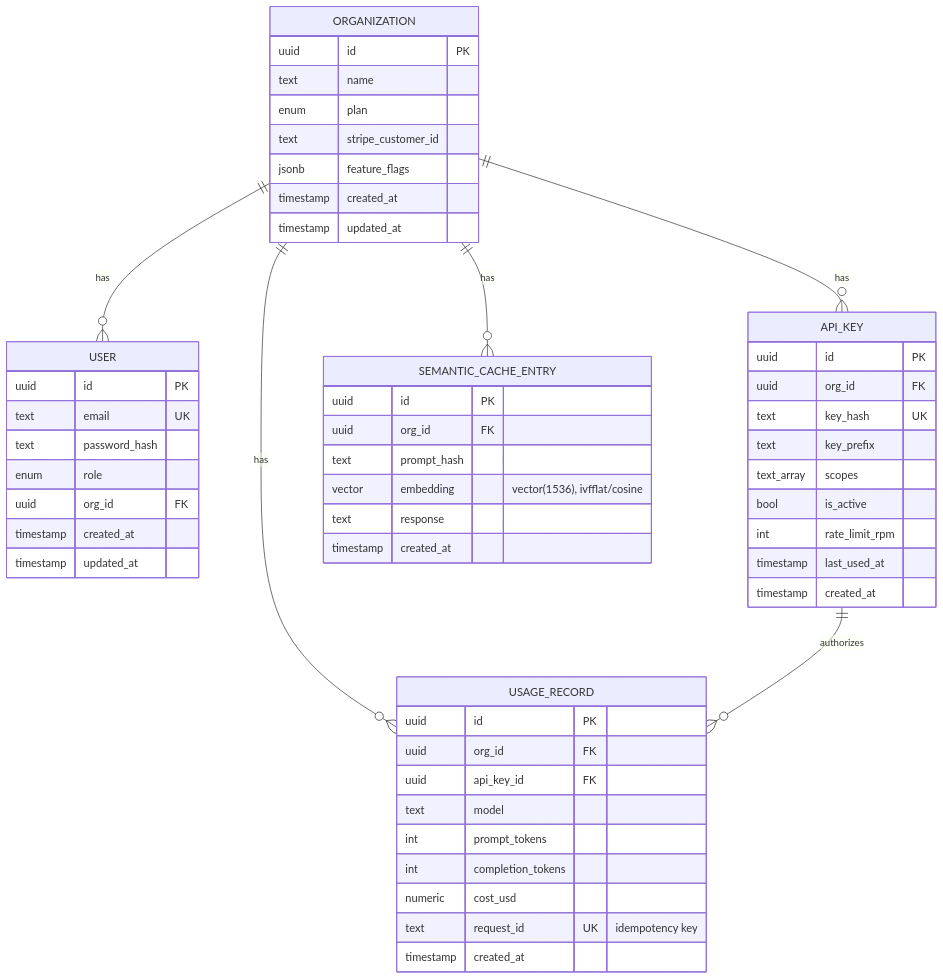
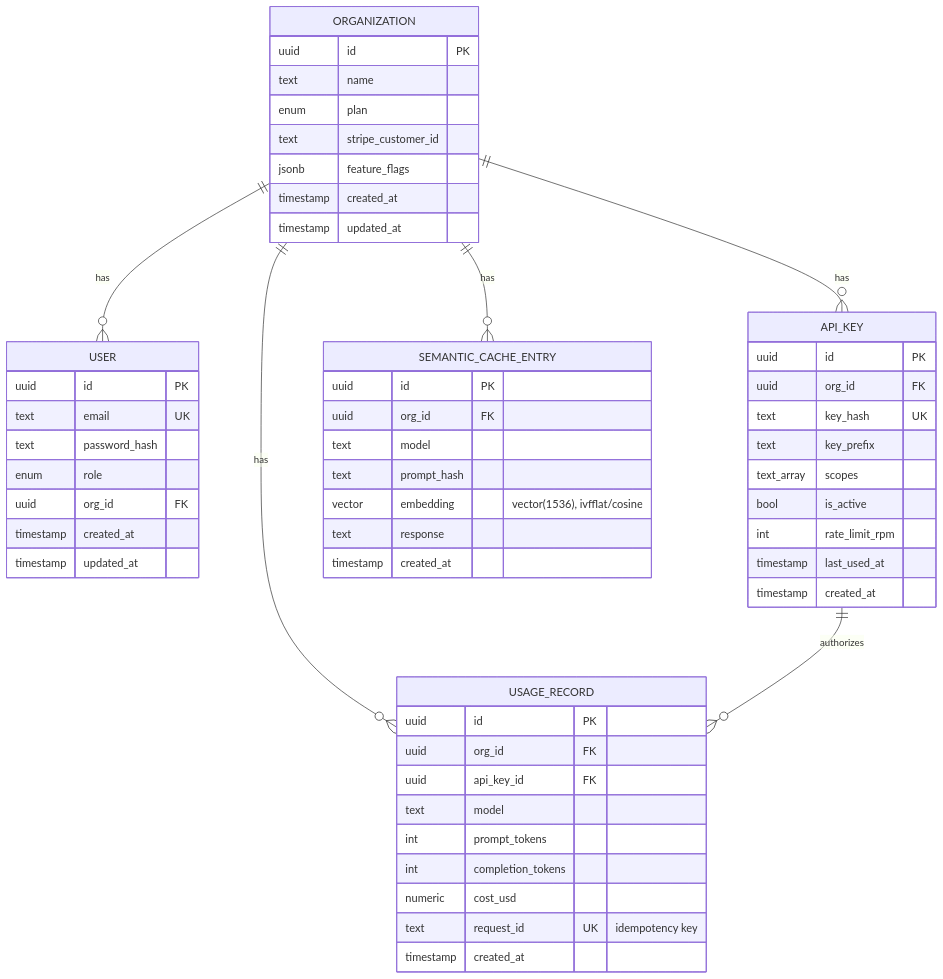
Before and after one commit to Sambit-Kumar-Mohanty-26/CloudMesh: the diagram in packages/db/ER_DIAGRAM.md, drawn with Mermaid. The commit also changed other lines of this file and 20 other files, not shown here.

````diff
--- a/packages/db/ER_DIAGRAM.md
+++ b/packages/db/ER_DIAGRAM.md
@@ -3,61 +3,62 @@
 ```mermaid
 erDiagram
     ORGANIZATION ||--o{ USER : has
     ORGANIZATION ||--o{ API_KEY : has
     ORGANIZATION ||--o{ USAGE_RECORD : has
     ORGANIZATION ||--o{ SEMANTIC_CACHE_ENTRY : has
     API_KEY ||--o{ USAGE_RECORD : authorizes
 
     ORGANIZATION {
         uuid id PK
         text name
         enum plan
         text stripe_customer_id
         jsonb feature_flags
         timestamp created_at
         timestamp updated_at
     }
 
     USER {
         uuid id PK
         text email UK
         text password_hash
         enum role
         uuid org_id FK
         timestamp created_at
         timestamp updated_at
     }
 
     API_KEY {
         uuid id PK
         uuid org_id FK
         text key_hash UK
         text key_prefix
         text_array scopes
         bool is_active
         int rate_limit_rpm
         timestamp last_used_at
         timestamp created_at
     }
 
     USAGE_RECORD {
         uuid id PK
         uuid org_id FK
         uuid api_key_id FK
         text model
         int prompt_tokens
         int completion_tokens
         numeric cost_usd
         text request_id UK "idempotency key"
         timestamp created_at
     }
 
     SEMANTIC_CACHE_ENTRY {
         uuid id PK
         uuid org_id FK
+        text model
         text prompt_hash
         vector embedding "vector(1536), ivfflat/cosine"
         text response
         timestamp created_at
     }
 ```
````
